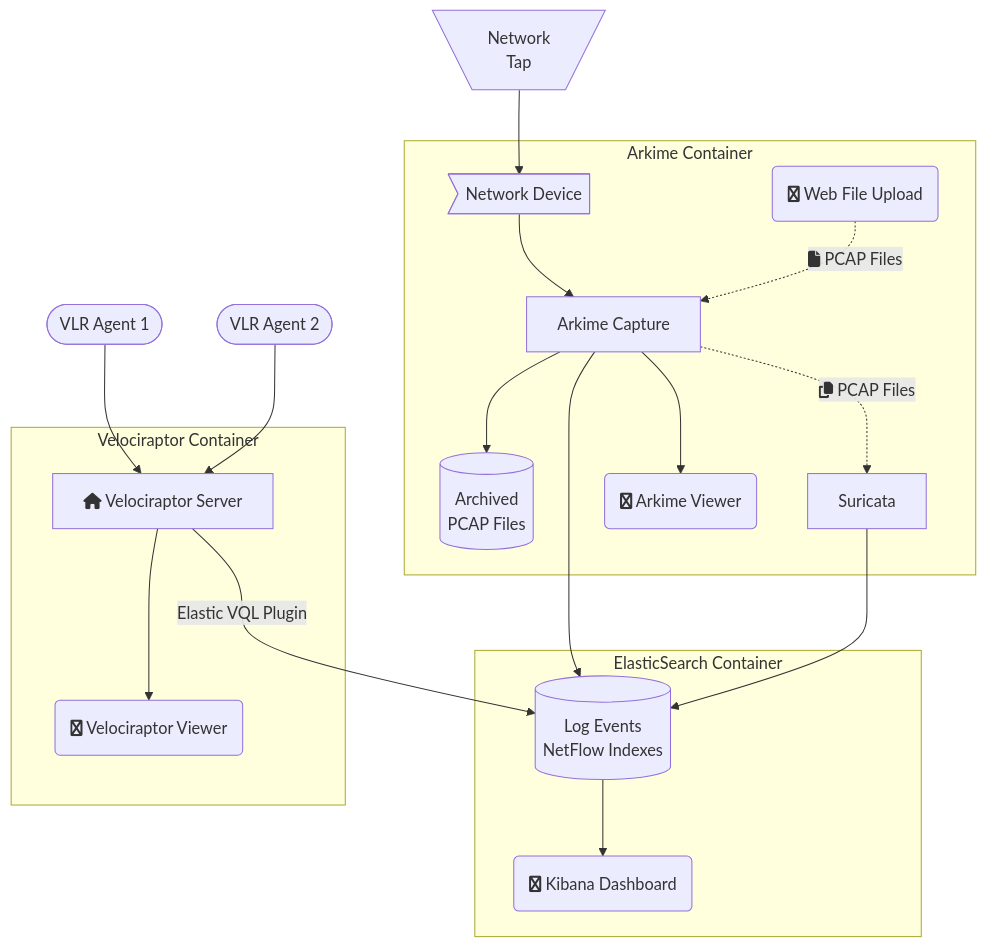
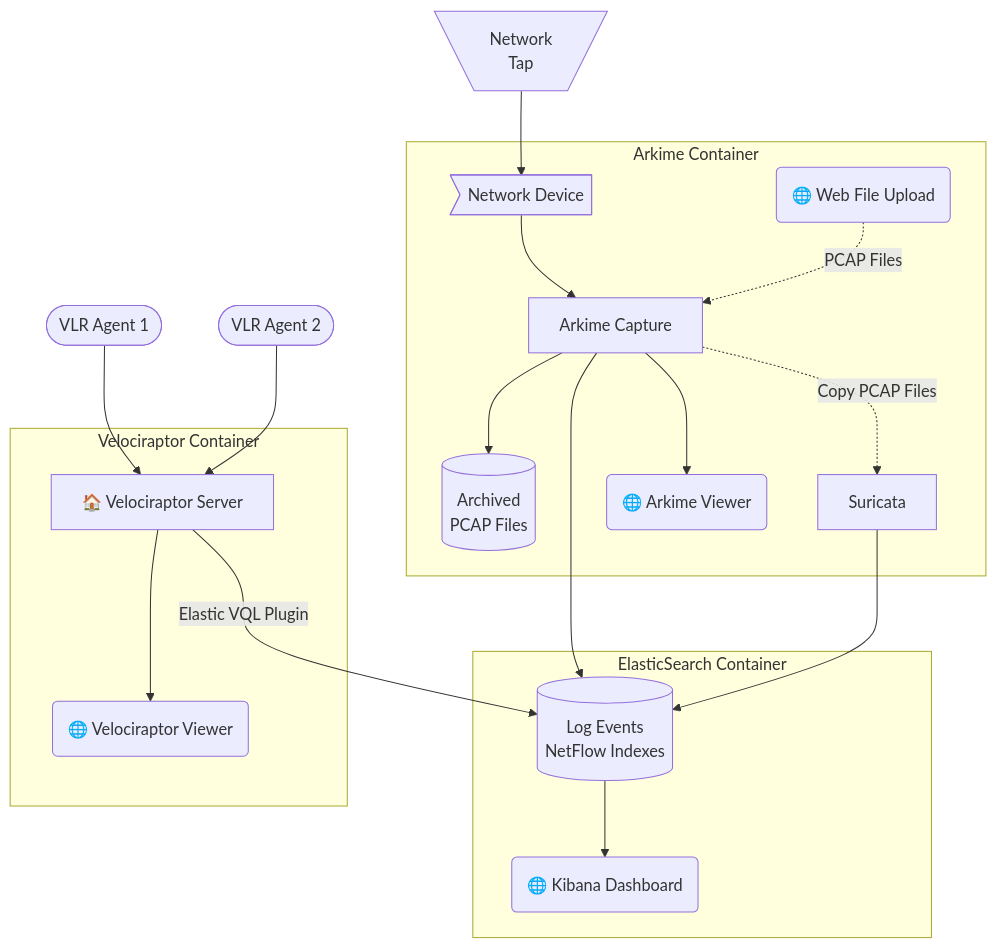
One commit to dah4k/arkime-docker changed the diagram in Documentation/architecture.md. Above: the diagram before and after it, drawn with Mermaid.

Commit message:
Replace Font Awesome with Unicode Emoji in diagram
- Font Awesome is not always supported (e.g. Github and GitLab preview)
- WONTFIX: There is no Unicode Emoji for Copy File...

````diff
--- a/Documentation/architecture.md
+++ b/Documentation/architecture.md
@@ -8,41 +8,41 @@
 ```mermaid
 flowchart TD
     subgraph ElasticSearch Container
         ES[(Log Events\nNetFlow Indexes)]
-        KIB_UI(fa:fa-firefox Kibana Dashboard)
+        KIB_UI(🌐 Kibana Dashboard)
 
         ES --> KIB_UI
     end
 
     %% Arkime standalone single container
     %% for processing low volume of network traffic.
     %% Suricata is embedded inside the same container.
     TAP[\Network\nTap/]
     TAP --> ARK_DEV
     subgraph Arkime Container
         ARK_DEV>Network Device]
         CAP[Arkime Capture]
         ARCHIVE[(Archived\nPCAP Files)]
         SUR[Suricata]
-        ARK(fa:fa-firefox Arkime Viewer)
-        UPL_UI(fa:fa-firefox Web File Upload)
+        ARK(🌐 Arkime Viewer)
+        UPL_UI(🌐 Web File Upload)
 
         ARK_DEV --> CAP
         CAP --> ARCHIVE
         CAP --> ES
         CAP --> ARK
-        CAP -.->|fa:fa-copy PCAP Files| SUR
-        UPL_UI -.-> |fa:fa-file PCAP Files| CAP
+        CAP -.->|Copy PCAP Files| SUR
+        UPL_UI -.-> |PCAP Files| CAP
         SUR --> ES
     end
 
     VLR_AGENT1([VLR Agent 1]) --> VLR
     VLR_AGENT2([VLR Agent 2]) --> VLR
     subgraph Velociraptor Container
-        VLR[fa:fa-home Velociraptor Server]
-        VLR_UI(fa:fa-firefox Velociraptor Viewer)
+        VLR[🏠 Velociraptor Server]
+        VLR_UI(🌐 Velociraptor Viewer)
 
         VLR --> VLR_UI
         VLR -->|Elastic VQL Plugin| ES
     end
 ```
````
